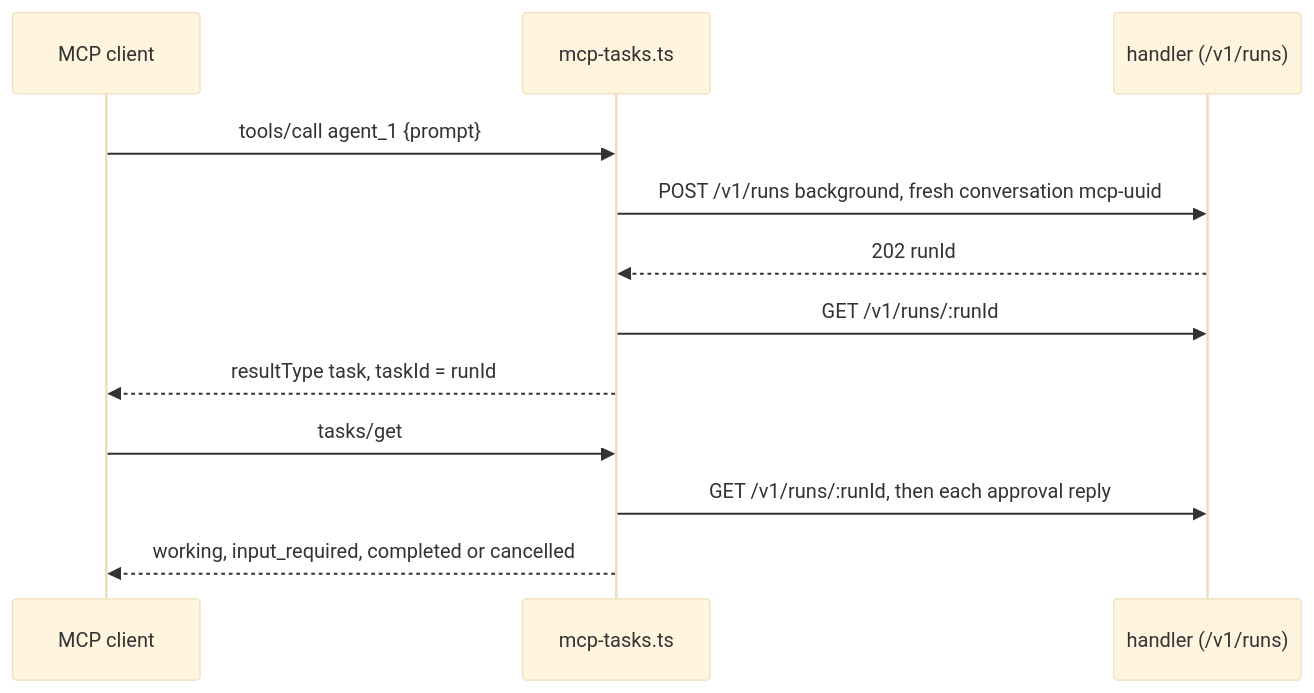
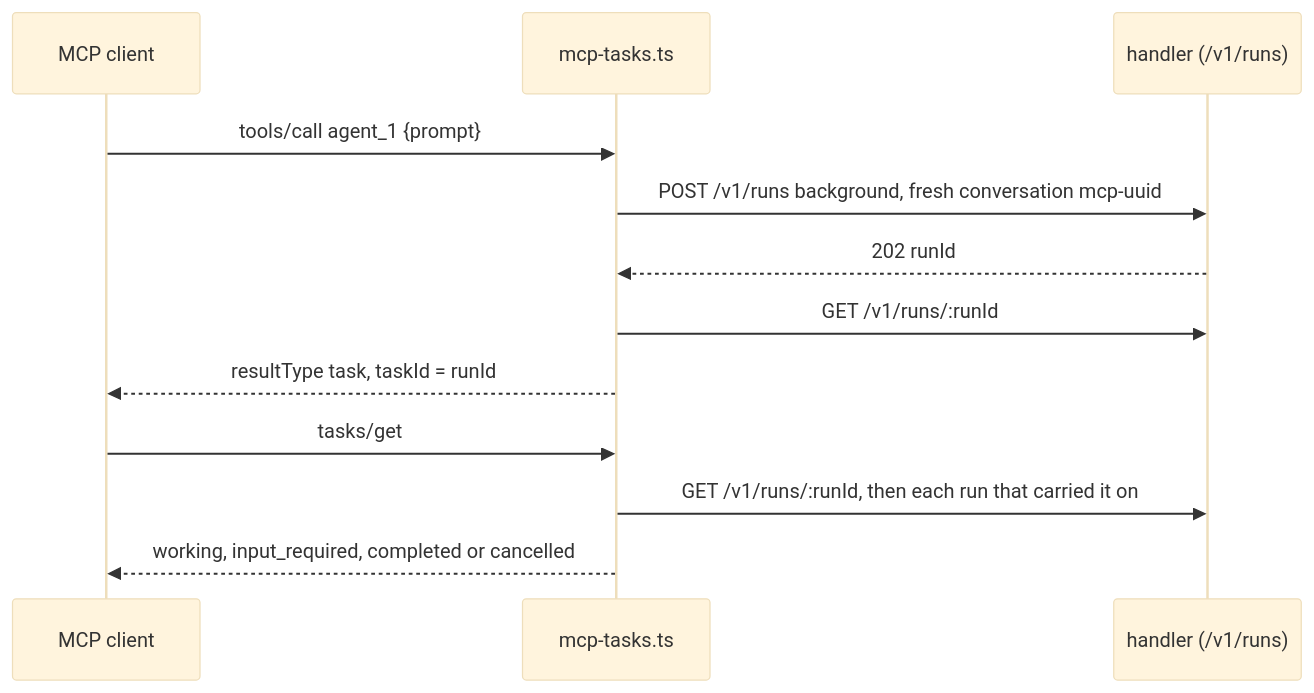
The ninth of 9 diagrams in apps/docs/docs/internals/tools-and-mcp.md (beeblastco/broods), drawn with Mermaid (base theme) before and after one commit. The commit also changed other lines of this file and 4 other files, not shown here.

````diff
--- a/apps/docs/docs/internals/tools-and-mcp.md
+++ b/apps/docs/docs/internals/tools-and-mcp.md
@@ -273,14 +273,14 @@
 ```mermaid
 sequenceDiagram
   participant C as MCP client
   participant M as mcp-tasks.ts
   participant H as handler (/v1/runs)
   C->>M: tools/call agent_1 {prompt}
   M->>H: POST /v1/runs background, fresh conversation mcp-uuid
   H-->>M: 202 runId
   M->>H: GET /v1/runs/:runId
   M-->>C: resultType task, taskId = runId
   C->>M: tasks/get
-  M->>H: GET /v1/runs/:runId, then each approval reply
+  M->>H: GET /v1/runs/:runId, then each run that carried it on
   M-->>C: working, input_required, completed or cancelled
 ```
````
